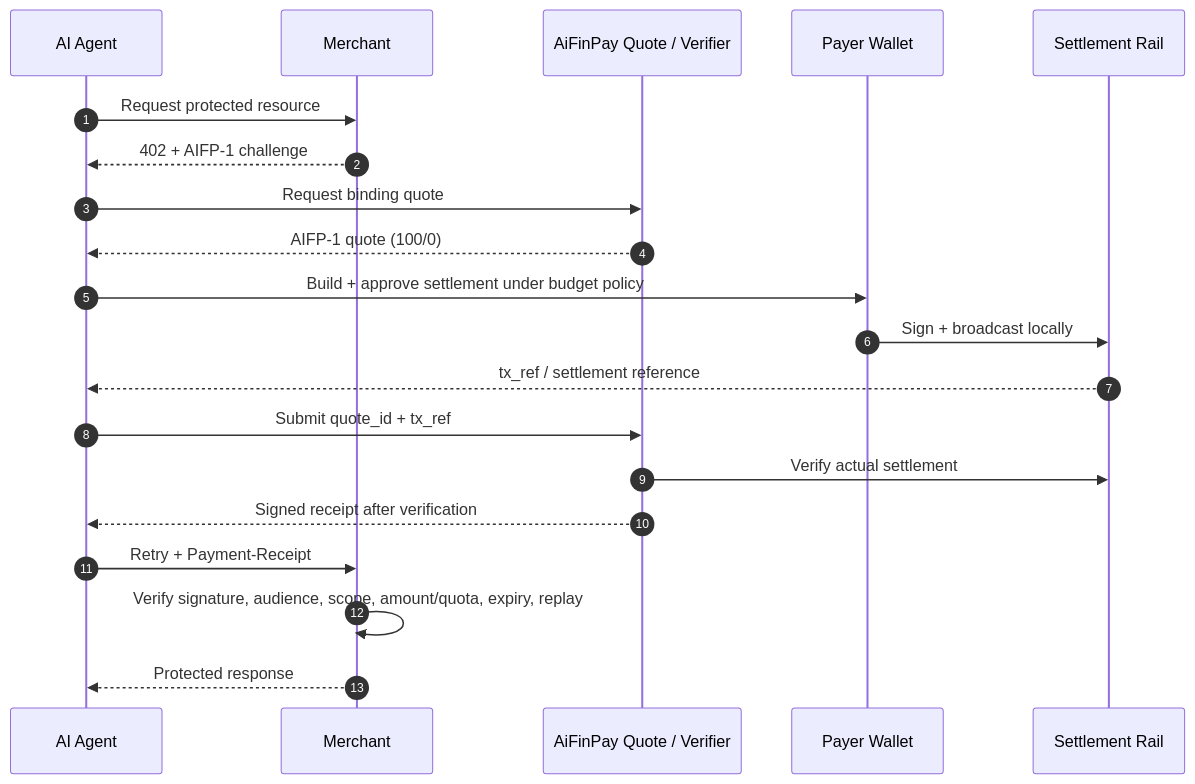
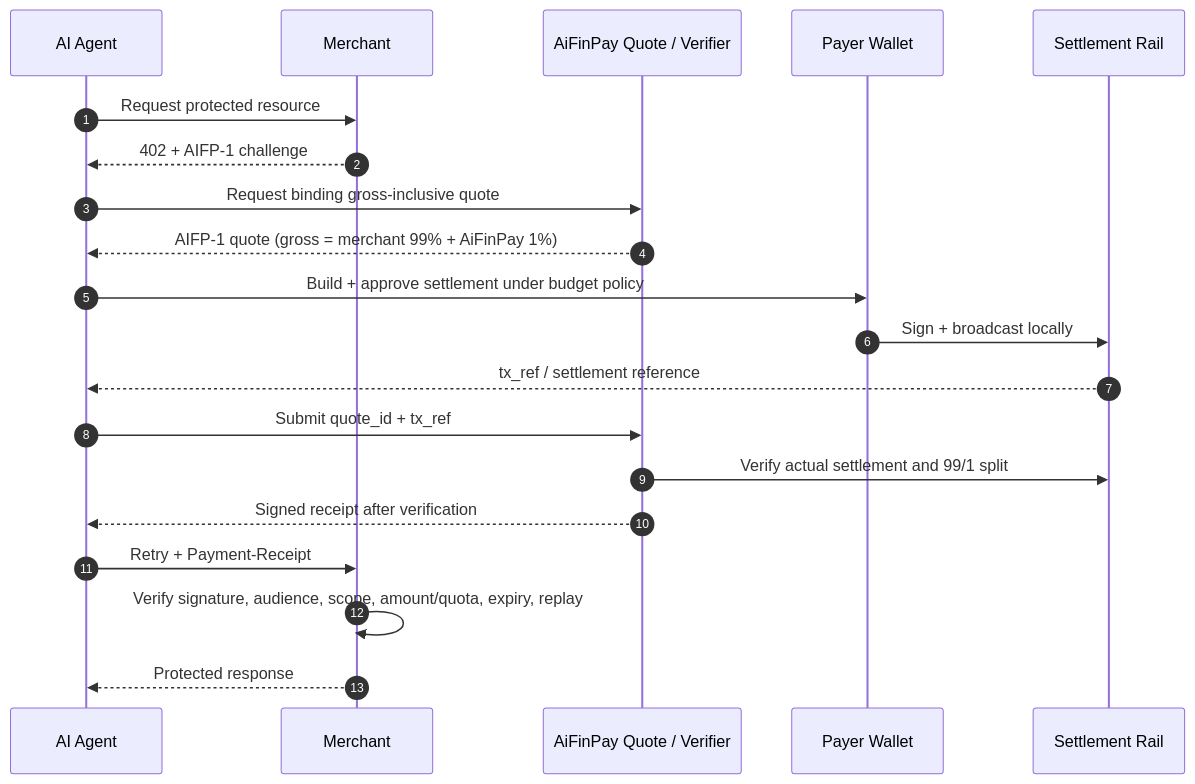
The diagram in README.md (AiFinPay/AIFP-1), drawn with Mermaid before and after one commit. The commit also changed other lines of this file and 34 other files, not shown here.

First line of the commit message:
AIFP-1: make gross-inclusive 99/1 economics normative

````diff
--- a/README.md
+++ b/README.md
@@ -57,23 +67,23 @@
 ```mermaid
 sequenceDiagram
     autonumber
     participant A as AI Agent
     participant M as Merchant
     participant P as AiFinPay Quote / Verifier
     participant W as Payer Wallet
     participant R as Settlement Rail
 
     A->>M: Request protected resource
     M-->>A: 402 + AIFP-1 challenge
-    A->>P: Request binding quote
-    P-->>A: AIFP-1 quote (100/0)
+    A->>P: Request binding gross-inclusive quote
+    P-->>A: AIFP-1 quote (gross = merchant 99% + AiFinPay 1%)
     A->>W: Build + approve settlement under budget policy
     W->>R: Sign + broadcast locally
     R-->>A: tx_ref / settlement reference
     A->>P: Submit quote_id + tx_ref
-    P->>R: Verify actual settlement
+    P->>R: Verify actual settlement and 99/1 split
     P-->>A: Signed receipt after verification
     A->>M: Retry + Payment-Receipt
     M->>M: Verify signature, audience, scope, amount/quota, expiry, replay
     M-->>A: Protected response
 ```
````
